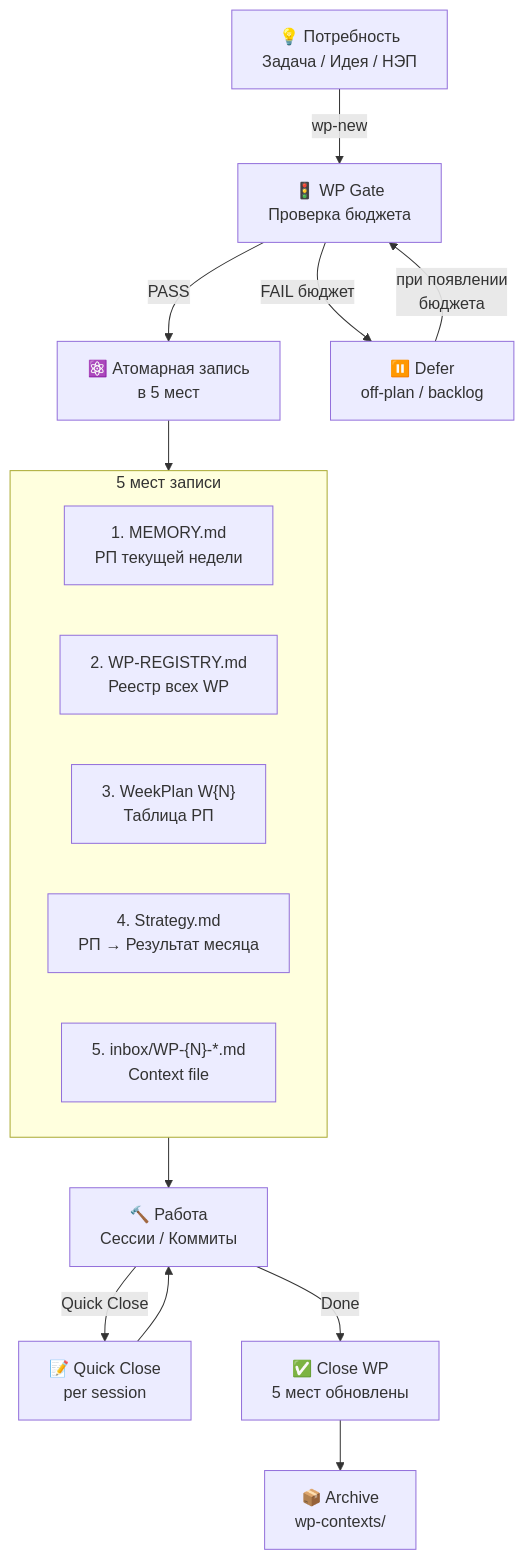
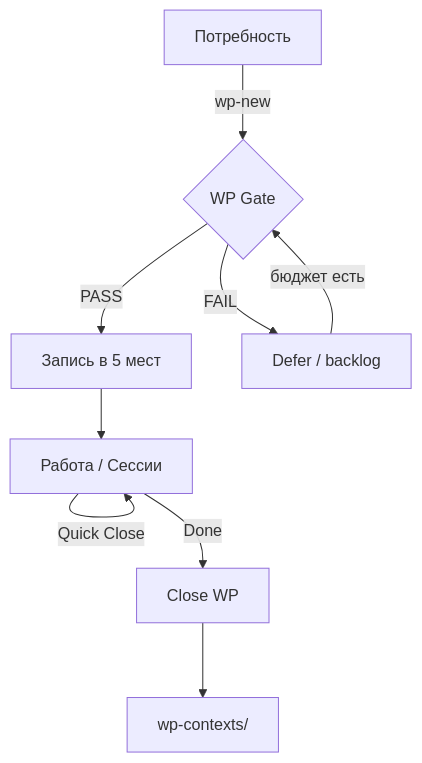
Before and after one commit to StanisSerg/FMT-exocortex-template: the third of 7 diagrams in memory/iwe-architecture-visual.md, drawn with Mermaid. The commit also changed other lines of this file, not shown here.

Commit message:
docs: компактная md-версия архитектуры (убраны br-теги, упрощены mermaid)

````diff
--- a/memory/iwe-architecture-visual.md
+++ b/memory/iwe-architecture-visual.md
@@ -142,23 +93,12 @@
 ```mermaid
-graph TD
-    NEED["💡 Потребность<br/>Задача / Идея / НЭП"] -->|"wp-new"| GATE["🚦 WP Gate<br/>Проверка бюджета"]
-    GATE -->|"PASS"| ATOM["⚛️ Атомарная запись<br/>в 5 мест"]
-    GATE -->|"FAIL бюджет"| DEFER["⏸️ Defer<br/>off-plan / backlog"]
+flowchart TD
+    NEED[Потребность] -->|wp-new| GATE{WP Gate}
+    GATE -->|PASS| ATOM[Запись в 5 мест]
+    GATE -->|FAIL| DEFER[Defer / backlog]
 
-    subgraph FivePlaces["5 мест записи"]
-        F1["1. MEMORY.md<br/>РП текущей недели"]
-        F2["2. WP-REGISTRY.md<br/>Реестр всех WP"]
-        F3["3. WeekPlan W{N}<br/>Таблица РП"]
-        F4["4. Strategy.md<br/>РП → Результат месяца"]
-        F5["5. inbox/WP-{N}-*.md<br/>Context file"]
-    end
-
-    ATOM --> FivePlaces
-    FivePlaces --> WORK["🔨 Работа<br/>Сессии / Коммиты"]
-    WORK -->|"Quick Close"| QC["📝 Quick Close<br/>per session"]
-    QC --> WORK
-    WORK -->|"Done"| CLOSE["✅ Close WP<br/>5 мест обновлены"]
-    CLOSE --> ARCHIVE["📦 Archive<br/>wp-contexts/"]
-
-    DEFER -->|"при появлении<br/>бюджета"| GATE
+    ATOM --> WORK[Работа / Сессии]
+    WORK -->|Quick Close| WORK
+    WORK -->|Done| CLOSE[Close WP]
+    CLOSE --> ARCHIVE[wp-contexts/]
+    DEFER -->|бюджет есть| GATE
 ```
````
